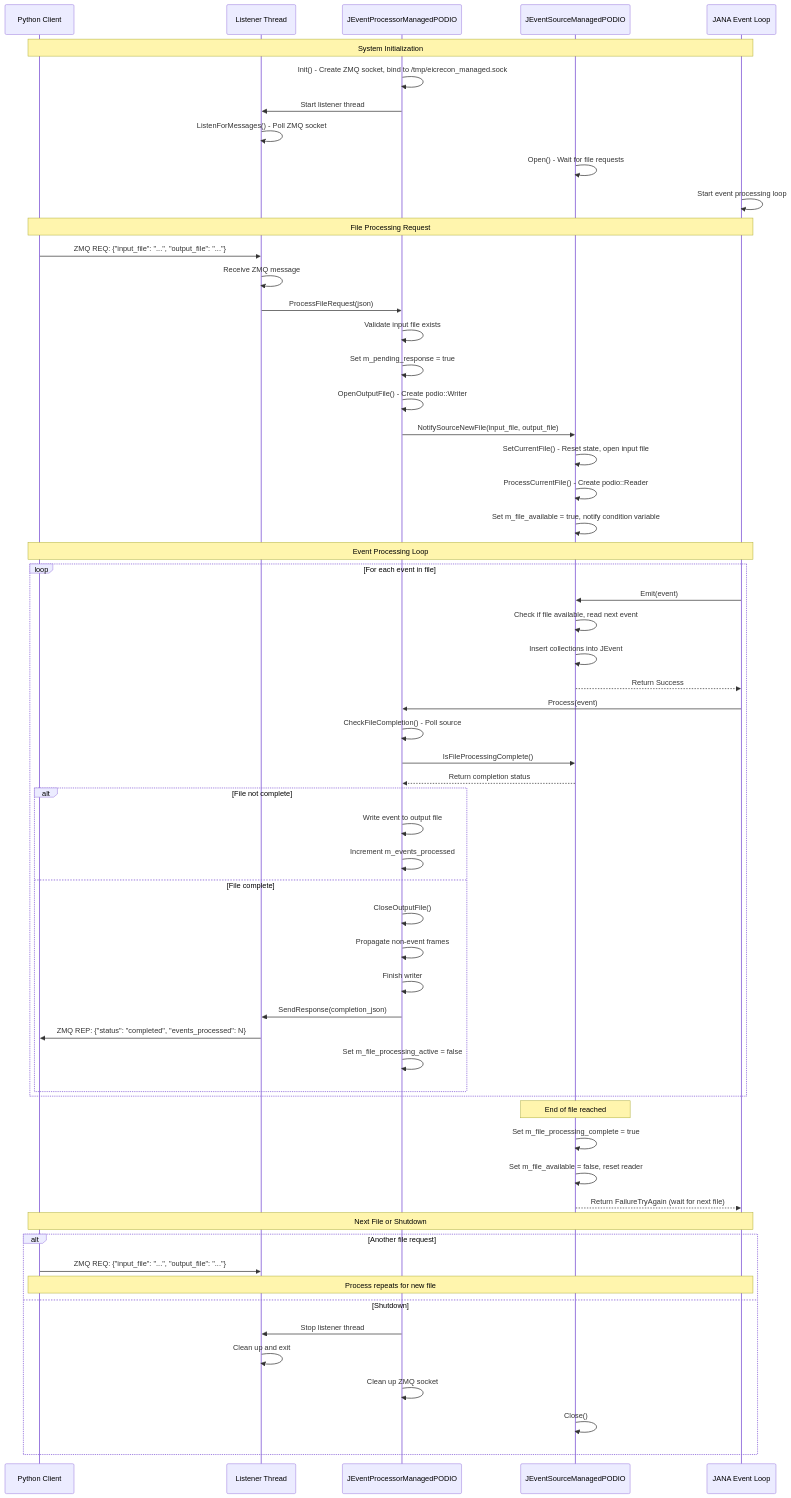
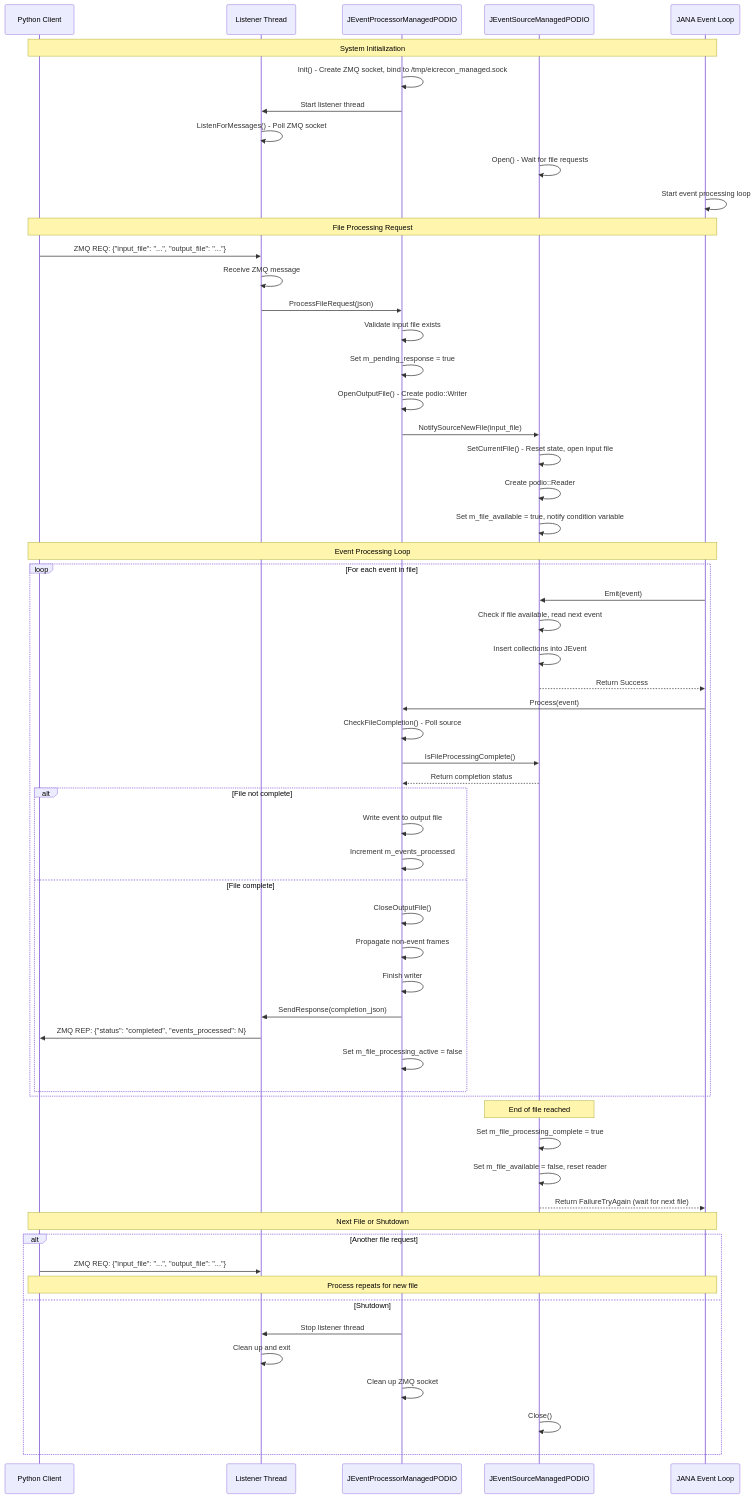
Before and after one commit to eic/EICrecon: the diagram in docs/design/zmq_msc.md, drawn with Mermaid. The commit also changed other lines of this file, not shown here.

Commit message:
docs: update sequence diagram to match actual NotifySourceNewFile API

````diff
--- a/docs/design/zmq_msc.md
+++ b/docs/design/zmq_msc.md
@@ -3,70 +3,70 @@
 ```mermaid
 sequenceDiagram
     participant Client as Python Client
     participant Listener as Listener Thread
     participant Processor as JEventProcessorManagedPODIO
     participant Source as JEventSourceManagedPODIO
     participant JANA as JANA Event Loop
 
     Note over Client, JANA: System Initialization
     Processor->>Processor: Init() - Create ZMQ socket, bind to /tmp/eicrecon_managed.sock
     Processor->>Listener: Start listener thread
     Listener->>Listener: ListenForMessages() - Poll ZMQ socket
     Source->>Source: Open() - Wait for file requests
     JANA->>JANA: Start event processing loop
 
     Note over Client, JANA: File Processing Request
     Client->>Listener: ZMQ REQ: {"input_file": "...", "output_file": "..."}
 
     Listener->>Listener: Receive ZMQ message
     Listener->>Processor: ProcessFileRequest(json)
     Processor->>Processor: Validate input file exists
     Processor->>Processor: Set m_pending_response = true
     Processor->>Processor: OpenOutputFile() - Create podio::Writer
 
-    Processor->>Source: NotifySourceNewFile(input_file, output_file)
+    Processor->>Source: NotifySourceNewFile(input_file)
     Source->>Source: SetCurrentFile() - Reset state, open input file
-    Source->>Source: ProcessCurrentFile() - Create podio::Reader
+    Source->>Source: Create podio::Reader
     Source->>Source: Set m_file_available = true, notify condition variable
 
     Note over Client, JANA: Event Processing Loop
     loop For each event in file
         JANA->>Source: Emit(event)
         Source->>Source: Check if file available, read next event
         Source->>Source: Insert collections into JEvent
         Source-->>JANA: Return Success
 
         JANA->>Processor: Process(event)
         Processor->>Processor: CheckFileCompletion() - Poll source
         Processor->>Source: IsFileProcessingComplete()
         Source-->>Processor: Return completion status
 
         alt File not complete
             Processor->>Processor: Write event to output file
             Processor->>Processor: Increment m_events_processed
         else File complete
             Processor->>Processor: CloseOutputFile()
             Processor->>Processor: Propagate non-event frames
             Processor->>Processor: Finish writer
             Processor->>Listener: SendResponse(completion_json)
             Listener->>Client: ZMQ REP: {"status": "completed", "events_processed": N}
             Processor->>Processor: Set m_file_processing_active = false
         end
     end
 
     Note over Source: End of file reached
     Source->>Source: Set m_file_processing_complete = true
     Source->>Source: Set m_file_available = false, reset reader
     Source-->>JANA: Return FailureTryAgain (wait for next file)
 
     Note over Client, JANA: Next File or Shutdown
     alt Another file request
         Client->>Listener: ZMQ REQ: {"input_file": "...", "output_file": "..."}
         Note over Client, JANA: Process repeats for new file
     else Shutdown
         Processor->>Listener: Stop listener thread
         Listener->>Listener: Clean up and exit
         Processor->>Processor: Clean up ZMQ socket
         Source->>Source: Close()
     end
 ```
````
